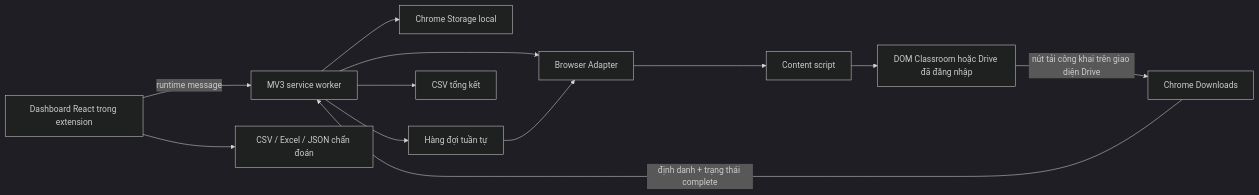
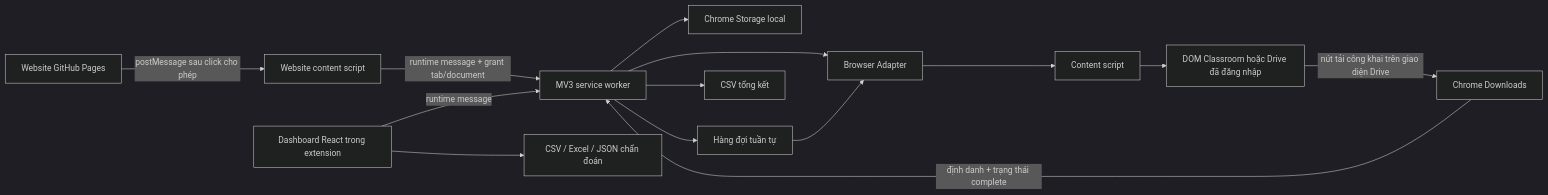
The diagram in docs/KIEN-TRUC.md (huando200666/classroom-manager), drawn with Mermaid (dark theme) before and after one commit. The commit also changed other lines of this file and 37 other files, not shown here.

Commit message:
Connect website to installed Classroom extension without Google API

````diff
--- a/docs/KIEN-TRUC.md
+++ b/docs/KIEN-TRUC.md
@@ -13,14 +15,16 @@
 ```mermaid
 flowchart LR
-  UI[Dashboard React trong extension] -->|runtime message| SW[MV3 service worker]
+  WEB[Website GitHub Pages] -->|postMessage sau click cho phép| BR[Website content script]
+  BR -->|runtime message + grant tab/document| SW[MV3 service worker]
+  UI[Dashboard React trong extension] -->|runtime message| SW
   SW --> DB[Chrome Storage local]
   SW --> BA[Browser Adapter]
   BA --> CS[Content script]
   CS --> DOM[DOM Classroom hoặc Drive đã đăng nhập]
   SW --> Q[Hàng đợi tuần tự]
   Q --> BA
   DOM -->|nút tải công khai trên giao diện Drive| DL[Chrome Downloads]
   DL -->|định danh + trạng thái complete| SW
   SW --> R[CSV tổng kết]
   UI --> X[CSV / Excel / JSON chẩn đoán]
 ```
````
